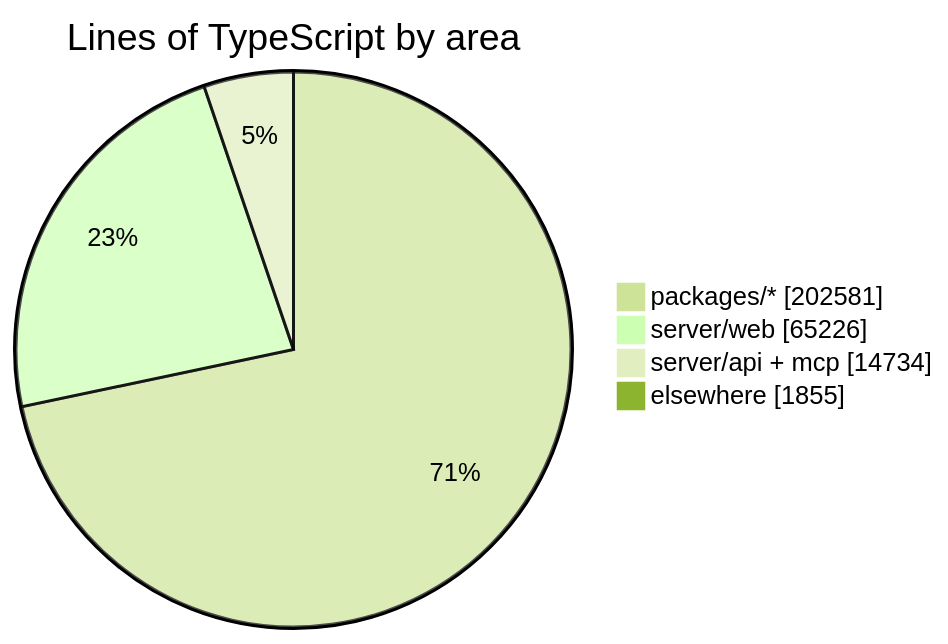
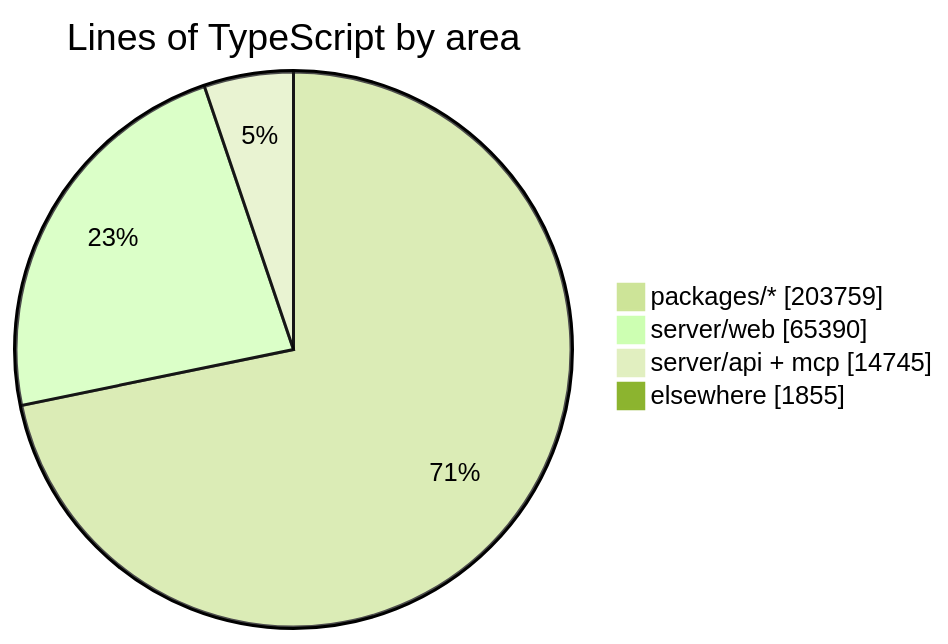
The diagram in README.md (crossworks-engineering/mantle), drawn with Mermaid (forest theme) before and after one commit. The commit also changed other lines of this file and 2 other files, not shown here.

````diff
--- a/README.md
+++ b/README.md
@@ -287,7 +287,7 @@
 ```mermaid
 pie showData title Lines of TypeScript by area
-    "packages/*" : 202581
-    "server/web" : 65226
-    "server/api + mcp" : 14734
+    "packages/*" : 203759
+    "server/web" : 65390
+    "server/api + mcp" : 14745
     "elsewhere" : 1855
 ```
````
